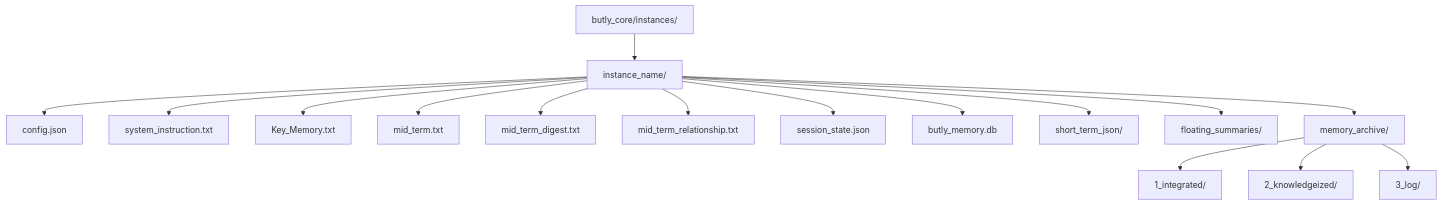
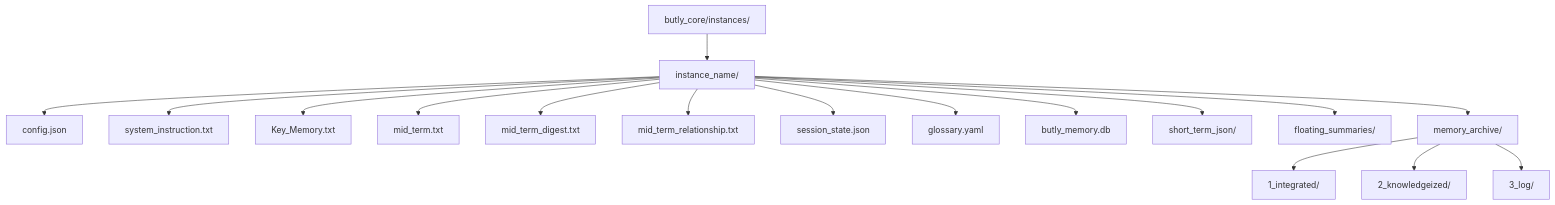
The sixth of 7 diagrams in docs/DIAGRAMS.md (unagisann/Butly), drawn with Mermaid before and after one commit. The commit also changed other lines of this file and 19 other files, not shown here.

````diff
--- a/docs/DIAGRAMS.md
+++ b/docs/DIAGRAMS.md
@@ -137,35 +139,37 @@
 ```mermaid
 flowchart TD
     ROOT["butly_core/instances/"]
     I1["instance_name/"]
     CFG["config.json"]
     SI["system_instruction.txt"]
     KM["Key_Memory.txt"]
     MT["mid_term.txt"]
     MD["mid_term_digest.txt"]
     MR["mid_term_relationship.txt"]
     SS["session_state.json"]
+    GL["glossary.yaml"]
     DB["butly_memory.db"]
     ST["short_term_json/"]
     FS["floating_summaries/"]
     AR["memory_archive/"]
     A1["1_integrated/"]
     A2["2_knowledgeized/"]
     A3["3_log/"]
 
     ROOT --> I1
     I1 --> CFG
     I1 --> SI
     I1 --> KM
     I1 --> MT
     I1 --> MD
     I1 --> MR
     I1 --> SS
+    I1 --> GL
     I1 --> DB
     I1 --> ST
     I1 --> FS
     I1 --> AR
     AR --> A1
     AR --> A2
     AR --> A3
 ```
````
